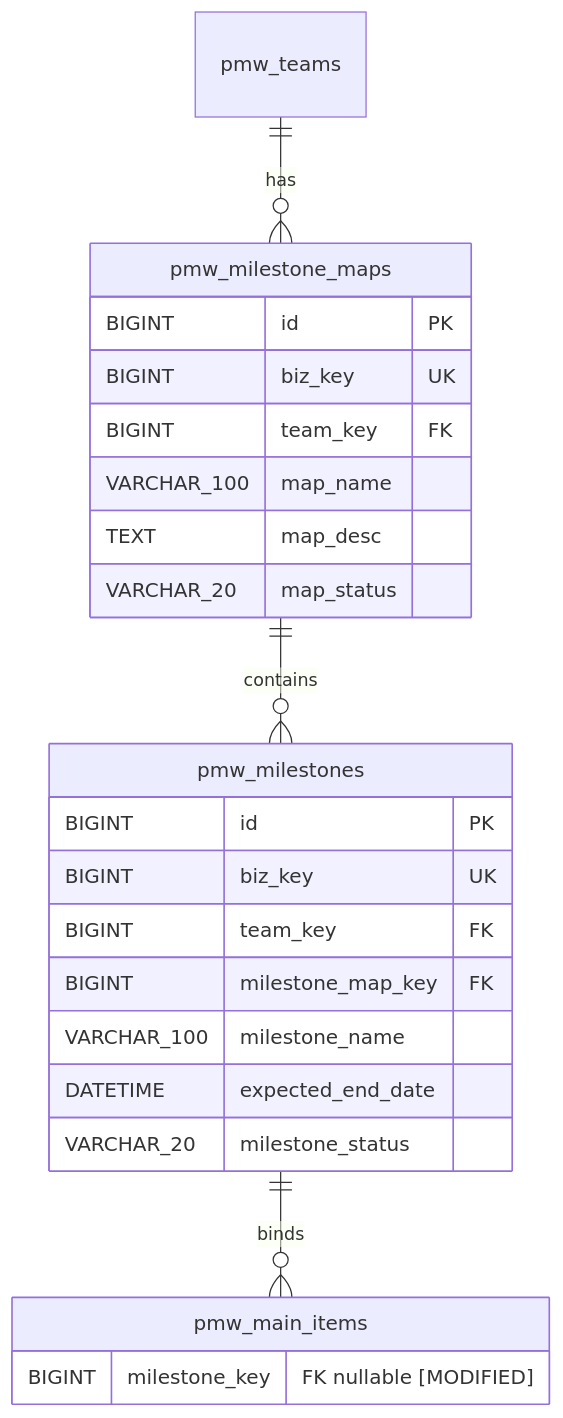
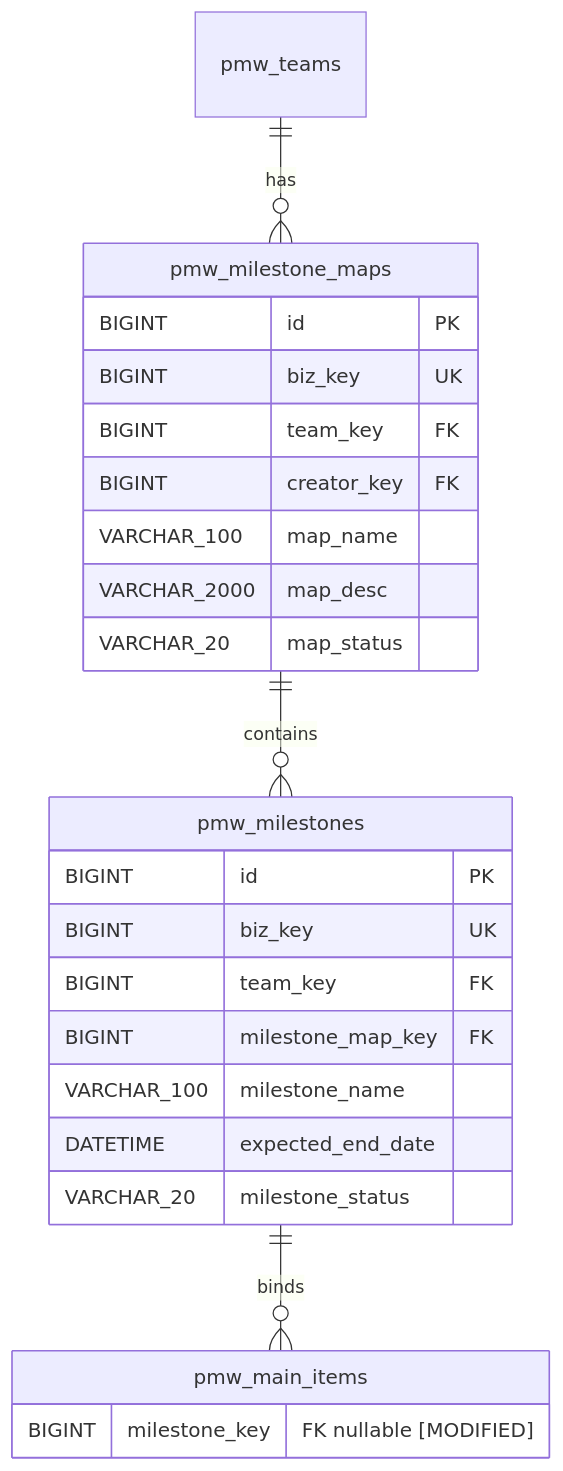
Before and after one commit to bigfaner/pm-work-tracker: the diagram in docs/features/milestone-map/design/er-diagram.md, drawn with Mermaid. The commit also changed other lines of this file and 9 other files, not shown here.

````diff
--- a/docs/features/milestone-map/design/er-diagram.md
+++ b/docs/features/milestone-map/design/er-diagram.md
@@ -10,29 +10,30 @@
 ```mermaid
 erDiagram
     pmw_teams ||--o{ pmw_milestone_maps : "has"
     pmw_milestone_maps ||--o{ pmw_milestones : "contains"
     pmw_milestones ||--o{ pmw_main_items : "binds"
 
     pmw_milestone_maps {
         BIGINT id PK
         BIGINT biz_key UK
         BIGINT team_key FK
+        BIGINT creator_key FK
         VARCHAR_100 map_name
-        TEXT map_desc
+        VARCHAR_2000 map_desc
         VARCHAR_20 map_status
     }
 
     pmw_milestones {
         BIGINT id PK
         BIGINT biz_key UK
         BIGINT team_key FK
         BIGINT milestone_map_key FK
         VARCHAR_100 milestone_name
         DATETIME expected_end_date
         VARCHAR_20 milestone_status
     }
 
     pmw_main_items {
         BIGINT milestone_key "FK nullable [MODIFIED]"
     }
 ```
````
